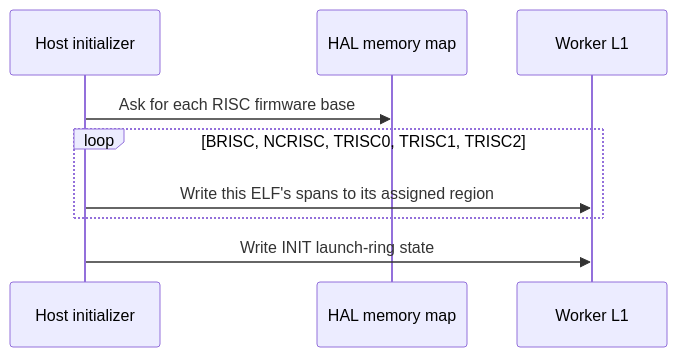
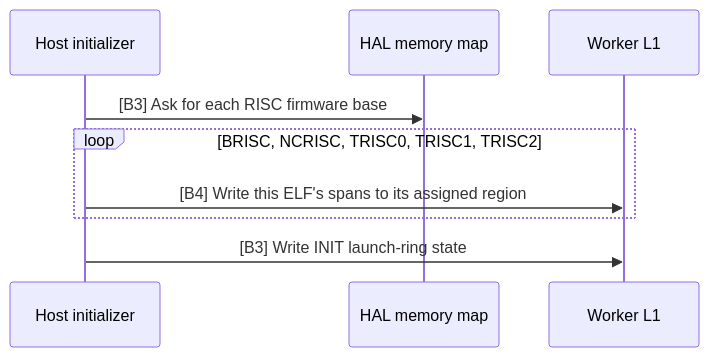
One commit to buicongnguyen/tt-sim changed the third of 13 diagrams in public/RISC_FIRMWARE_TO_KERNEL_FLOW.md. Above: the diagram before and after it, drawn with Mermaid. The commit also changed other lines of this file and 4 other files, not shown here.

Commit message:
Link firmware flow steps to source

````diff
--- a/public/RISC_FIRMWARE_TO_KERNEL_FLOW.md
+++ b/public/RISC_FIRMWARE_TO_KERNEL_FLOW.md
@@ -142,11 +155,11 @@
 ```mermaid
 sequenceDiagram
     participant H as Host initializer
     participant HAL as HAL memory map
     participant L1 as Worker L1
-    H->>HAL: Ask for each RISC firmware base
+    H->>HAL: [B3] Ask for each RISC firmware base
     loop BRISC, NCRISC, TRISC0, TRISC1, TRISC2
-        H->>L1: Write this ELF's spans to its assigned region
+        H->>L1: [B4] Write this ELF's spans to its assigned region
     end
-    H->>L1: Write INIT launch-ring state
+    H->>L1: [B3] Write INIT launch-ring state
 ```
````
